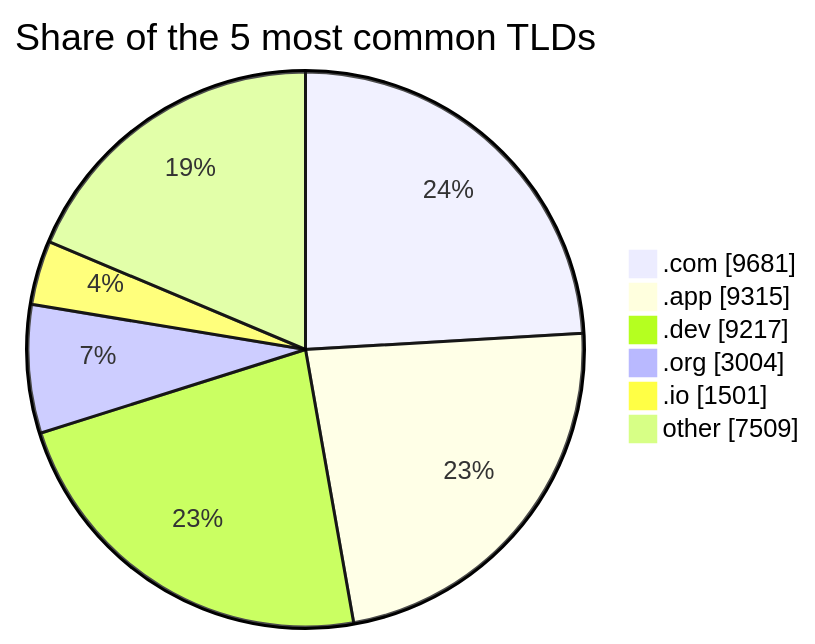
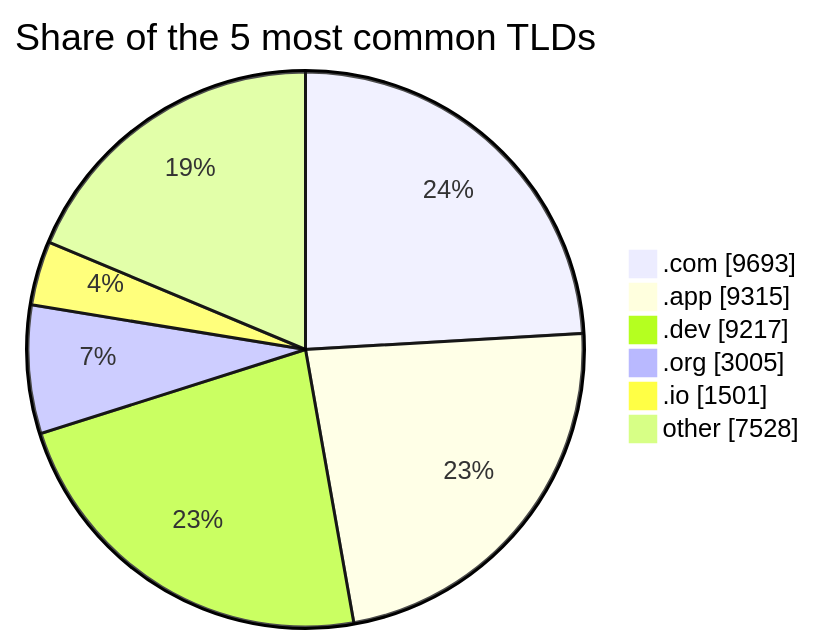
One commit to DNSBunker/CTI changed the second of 2 diagrams in README.md. Above: the diagram before and after it, drawn with Mermaid. The commit also changed other lines of this file and 3 other files, not shown here.

````diff
--- a/README.md
+++ b/README.md
@@ -72,9 +72,9 @@
 ```mermaid
 pie showData title Share of the 5 most common TLDs
-    ".com" : 9681
+    ".com" : 9693
     ".app" : 9315
     ".dev" : 9217
-    ".org" : 3004
+    ".org" : 3005
     ".io" : 1501
-    "other" : 7509
+    "other" : 7528
 ```
````
